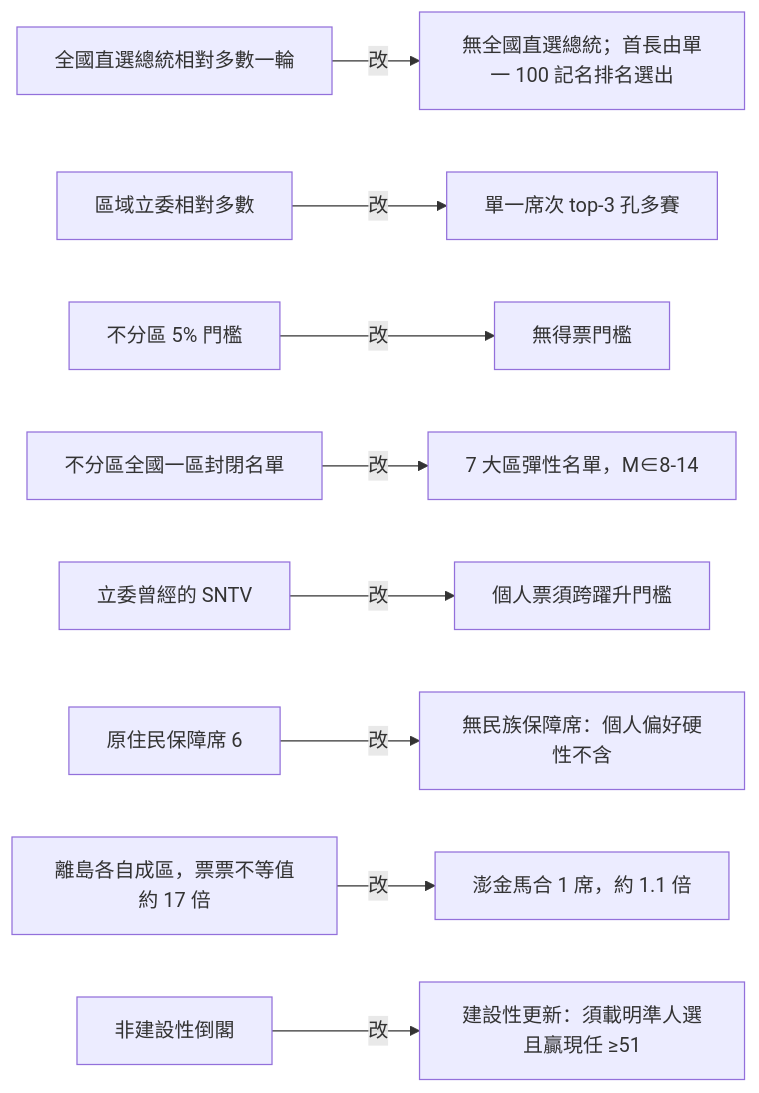
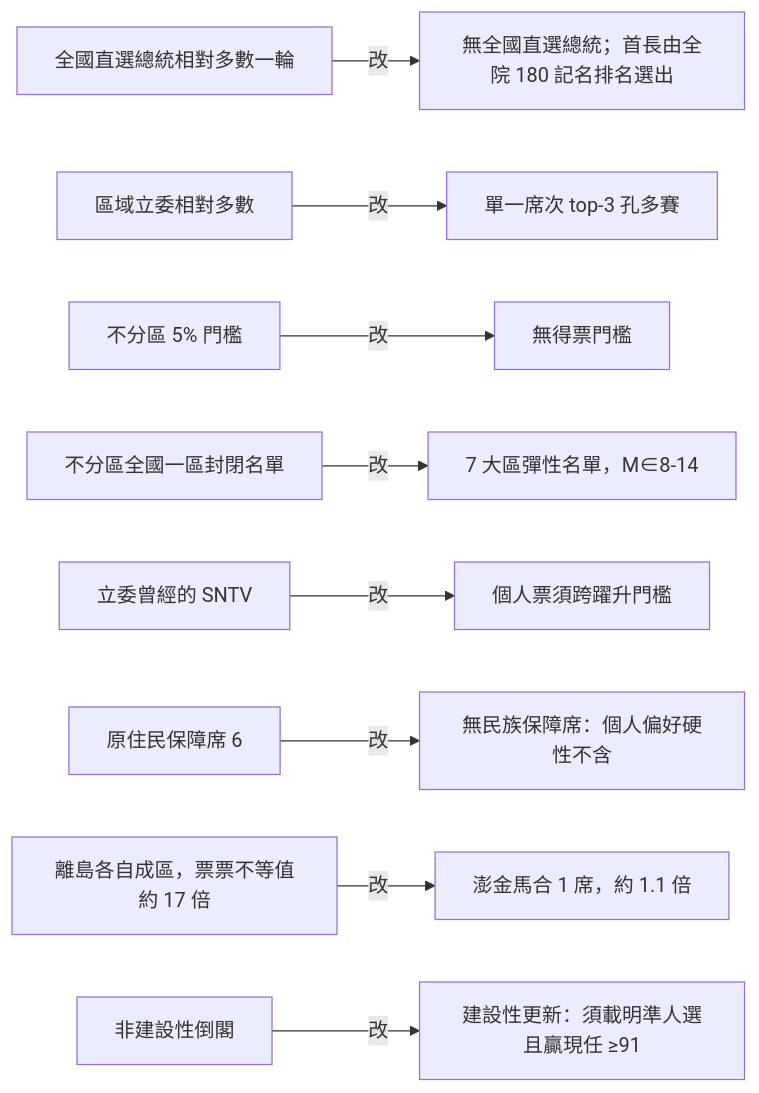
The second of 12 diagrams in topics/regime-designs/designs/台灣/一院議會制/憲政架構圖.md (IRonROOT578/Political-Economy-Research-Public), drawn with Mermaid before and after one commit. The commit also changed other lines of this file and 241 other files, not shown here.

````diff
--- a/topics/regime-designs/designs/台灣/一院議會制/憲政架構圖.md
+++ b/topics/regime-designs/designs/台灣/一院議會制/憲政架構圖.md
@@ -27,11 +27,11 @@
 ```mermaid
 flowchart LR
-  N1[全國直選總統相對多數一輪] -->|改| C1[無全國直選總統；首長由單一 100 記名排名選出]
+  N1[全國直選總統相對多數一輪] -->|改| C1[無全國直選總統；首長由全院 180 記名排名選出]
   N2[區域立委相對多數] -->|改| C2[單一席次 top-3 孔多賽]
   N3[不分區 5% 門檻] -->|改| C3[無得票門檻]
   N4[不分區全國一區封閉名單] -->|改| C4[7 大區彈性名單，M∈8-14]
   N5[立委曾經的 SNTV] -->|改| C5[個人票須跨躍升門檻]
   N6[原住民保障席 6] -->|改| C6[無民族保障席：個人偏好硬性不含]
   N7[離島各自成區，票票不等值約 17 倍] -->|改| C7[澎金馬合 1 席，約 1.1 倍]
-  N8[非建設性倒閣] -->|改| C8[建設性更新：須載明準人選且贏現任 ≥51]
+  N8[非建設性倒閣] -->|改| C8[建設性更新：須載明準人選且贏現任 ≥91]
 ```
````
